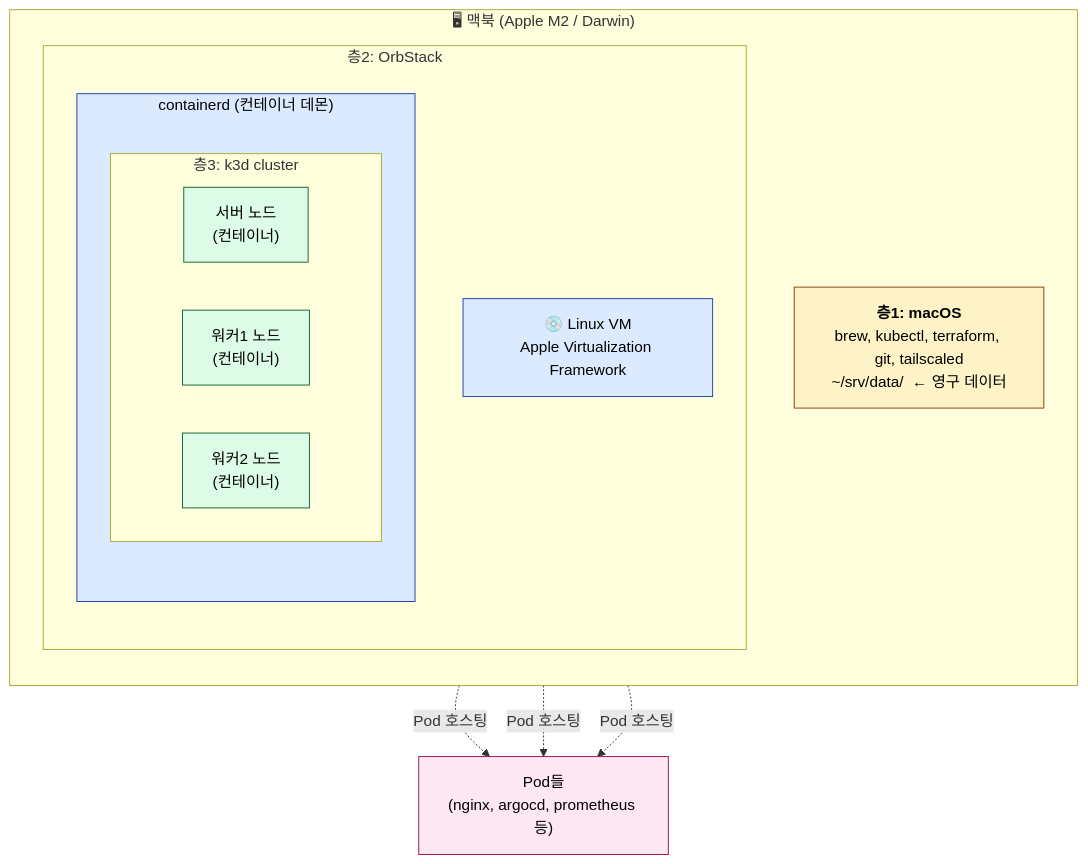
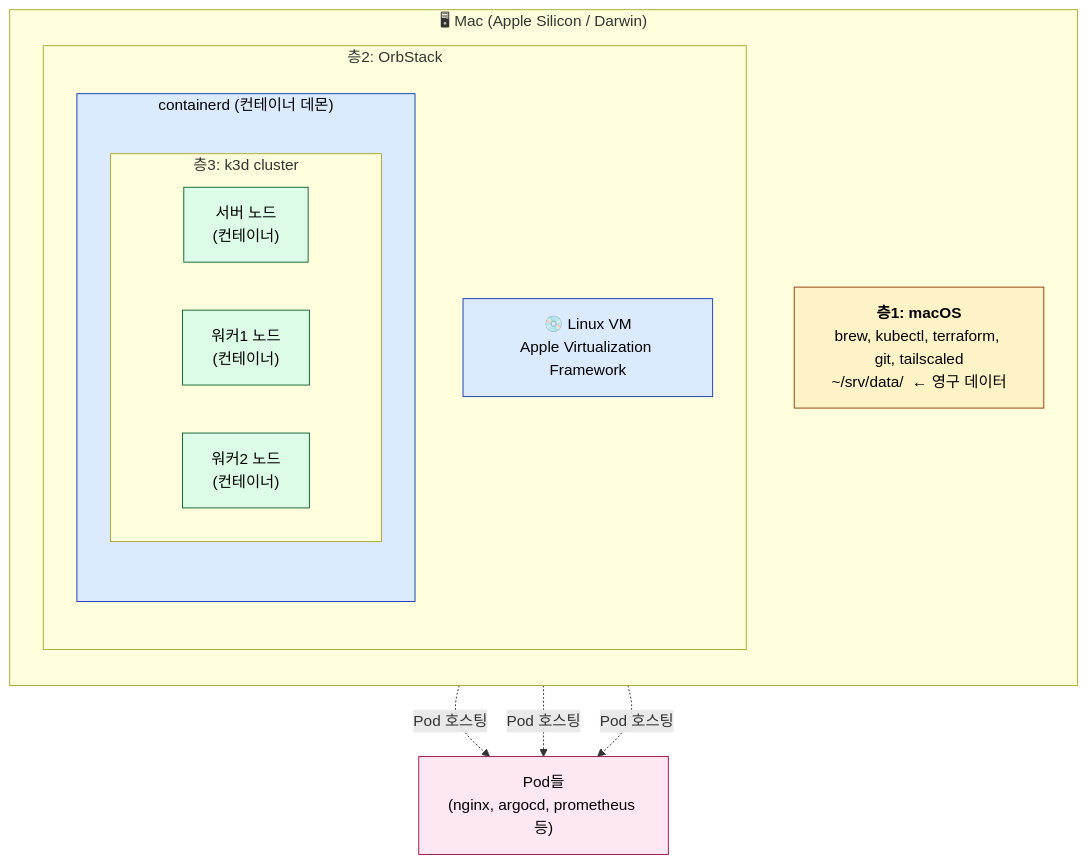
The second of 13 diagrams in _wiki/homelab.md (currenjin/currenjin.github.io), drawn with Mermaid before and after one commit. The commit also changed other lines of this file, not shown here.

Commit message:
docs(homelab): generalize host framing to Mac (Apple Silicon), restructure 24h-operation section

````diff
--- a/_wiki/homelab.md
+++ b/_wiki/homelab.md
@@ -92,36 +92,36 @@
 ```mermaid
 flowchart TB
-  subgraph Mac["🖥 맥북 (Apple M2 / Darwin)"]
+  subgraph Mac["🖥 Mac (Apple Silicon / Darwin)"]
     direction TB
     L1["<b>층1: macOS</b><br/>brew, kubectl, terraform, git, tailscaled<br/>~/srv/data/  ← 영구 데이터"]
 
     subgraph L2["층2: OrbStack"]
       direction TB
       VM["💿 Linux VM<br/>Apple Virtualization Framework"]
 
       subgraph CD["containerd (컨테이너 데몬)"]
         direction TB
         subgraph L3["층3: k3d cluster"]
           direction LR
           Server["서버 노드<br/>(컨테이너)"]
           Worker1["워커1 노드<br/>(컨테이너)"]
           Worker2["워커2 노드<br/>(컨테이너)"]
         end
       end
     end
   end
 
   Pods["Pod들<br/>(nginx, argocd, prometheus 등)"]
   Server -. Pod 호스팅 .-> Pods
   Worker1 -. Pod 호스팅 .-> Pods
   Worker2 -. Pod 호스팅 .-> Pods
 
   classDef l1 fill:#fef3c7,stroke:#92400e,color:#000
   classDef l2 fill:#dbeafe,stroke:#1e40af,color:#000
   classDef l3 fill:#dcfce7,stroke:#166534,color:#000
   classDef pod fill:#fce7f3,stroke:#9d174d,color:#000
   class L1 l1
   class VM,CD l2
   class Server,Worker1,Worker2 l3
   class Pods pod
 ```
````
